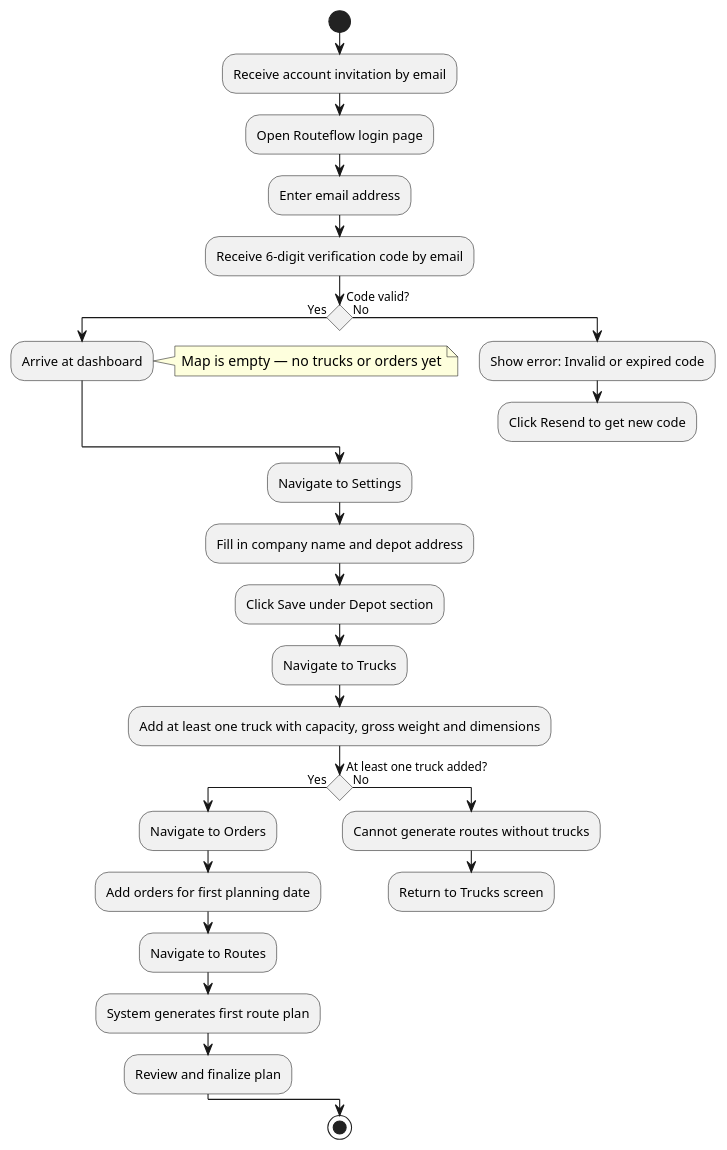
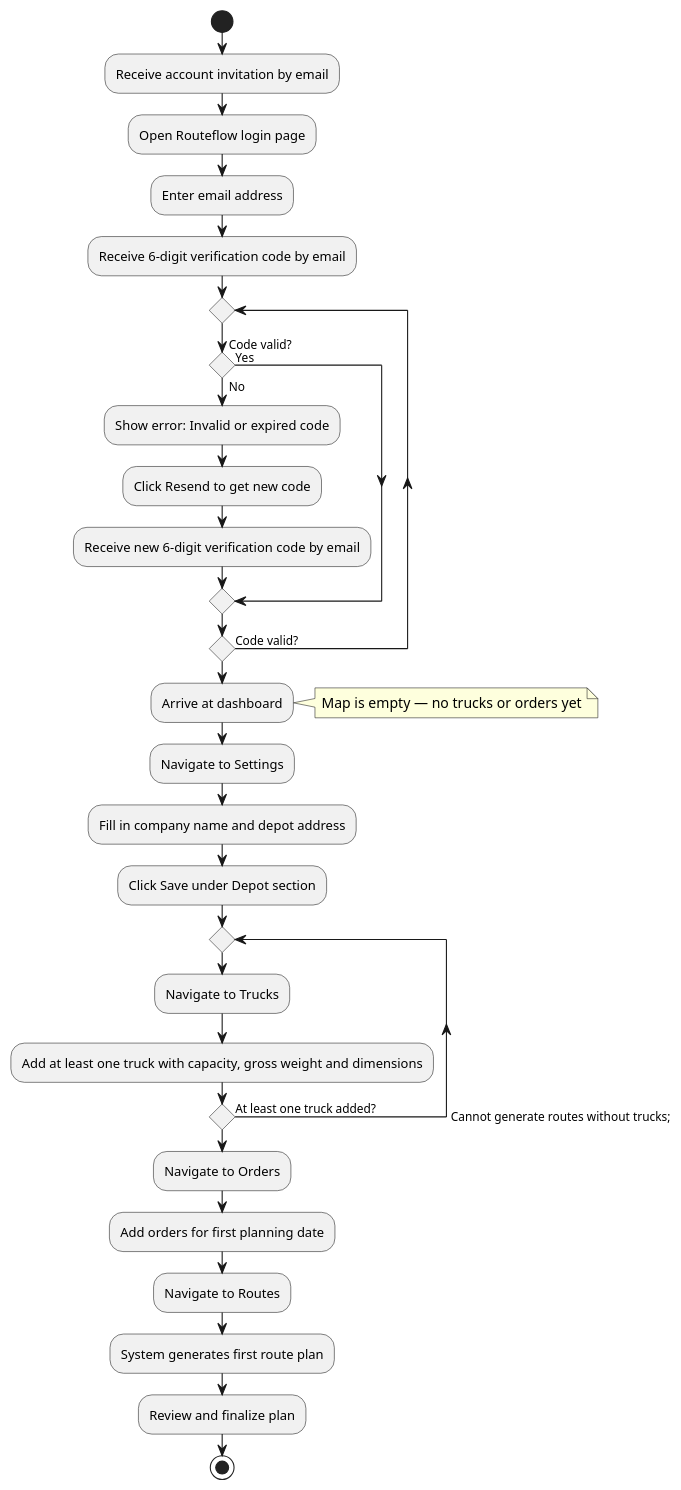
One commit to softwharee/gradrepo changed the fifth of 5 diagrams in functional-design/readme.md. Above: the diagram before and after it, drawn with PlantUML. The commit also changed other lines of this file and 1 other file, not shown here.

````diff
--- a/functional-design/readme.md
+++ b/functional-design/readme.md
@@ -714,41 +631,40 @@
 ```plantuml
 @startuml
 skinparam conditionStyle diamond
 
 start
 :Receive account invitation by email;
 :Open Routeflow login page;
 :Enter email address;
 :Receive 6-digit verification code by email;
 
-if (Code valid?) then (Yes)
-  :Arrive at dashboard;
-  note right: Map is empty — no trucks or orders yet
-else (No)
-  :Show error: Invalid or expired code;
-  :Click Resend to get new code;
-  detach
-endif
+repeat
+  if (Code valid?) then (Yes)
+  else (No)
+    :Show error: Invalid or expired code;
+    :Click Resend to get new code;
+    :Receive new 6-digit verification code by email;
+  endif
+repeat while (Code valid?) is (No)
+
+:Arrive at dashboard;
+note right: Map is empty — no trucks or orders yet
 
 :Navigate to Settings;
 :Fill in company name and depot address;
 :Click Save under Depot section;
 
-:Navigate to Trucks;
-:Add at least one truck with capacity, gross weight and dimensions;
+repeat
+  :Navigate to Trucks;
+  :Add at least one truck with capacity, gross weight and dimensions;
+repeat while (At least one truck added?) is (No) -> Cannot generate routes without trucks;
 
-if (At least one truck added?) then (Yes)
-  :Navigate to Orders;
-  :Add orders for first planning date;
-  :Navigate to Routes;
-  :System generates first route plan;
-  :Review and finalize plan;
-else (No)
-  :Cannot generate routes without trucks;
-  :Return to Trucks screen;
-  detach
-endif
+:Navigate to Orders;
+:Add orders for first planning date;
+:Navigate to Routes;
+:System generates first route plan;
+:Review and finalize plan;
 
 stop
 @enduml
 ```
````
